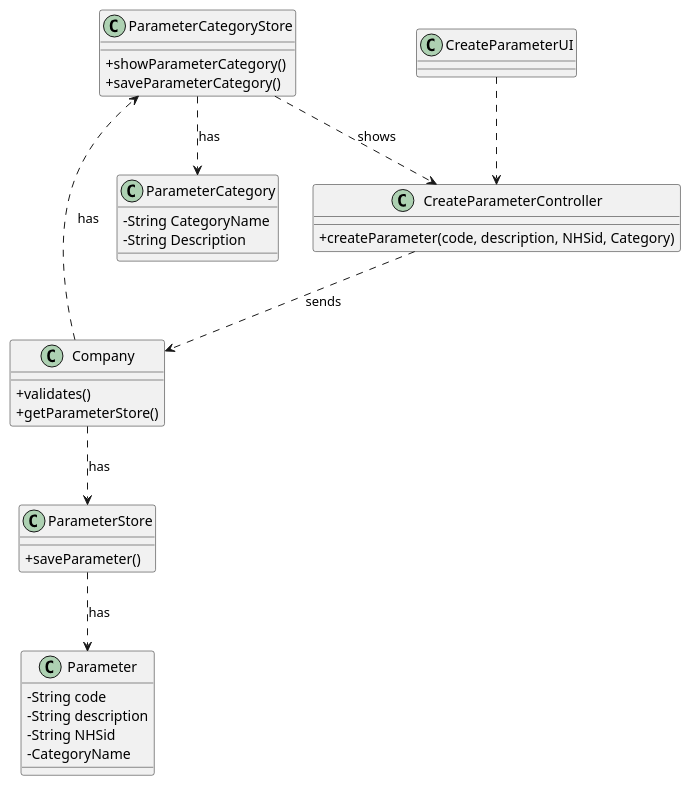
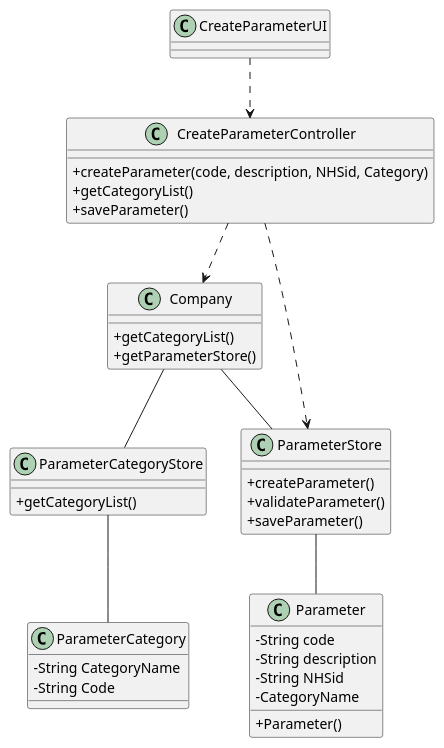
The diagram in docs/SprintB/US10/US10_CD.puml (MarianaCLages/LAPR2), drawn with PlantUML before and after one commit. The commit also changed 7 other files, not shown here.

```diff
--- a/docs/SprintB/US10/US10_CD.puml
+++ b/docs/SprintB/US10/US10_CD.puml
@@ -1,54 +1,58 @@
 @startuml
 skinparam classAttributeIconSize 0
 
 
 class ParameterCategory {
   -String CategoryName
-  -String Description
+  -String Code
 }
 
 
 class Company{
-+validates()
++getCategoryList()
 +getParameterStore()
 }
 
 class CreateParameterController {
 +createParameter(code, description, NHSid, Category)
++getCategoryList()
++saveParameter()
 }
 
 class CreateParameterUI{
 }
 
 class ParameterCategoryStore{
-+showParameterCategory()
-+saveParameterCategory()
++getCategoryList()
 }
 
 class ParameterStore{
++createParameter()
++validateParameter()
 +saveParameter()
 }
 class Parameter{
 -String code
 -String description
 -String NHSid
 -CategoryName
++Parameter()
 }
-
-CreateParameterController ..>  Company: sends
-ParameterCategoryStore ..> ParameterCategory: has
-ParameterCategoryStore ..> CreateParameterController: shows
-Company ..> ParameterCategoryStore: has
-
-Company ..> ParameterStore: has
-ParameterStore ..> Parameter: has
-
 
 CreateParameterUI ..> CreateParameterController
 
+CreateParameterController ..> Company
+CreateParameterController ..> ParameterStore
+
+Company -- ParameterCategoryStore
+Company -- ParameterStore
+
+ParameterStore -- Parameter
+
+ParameterCategoryStore -- ParameterCategory
 
 
 
 
 
 @enduml
```
